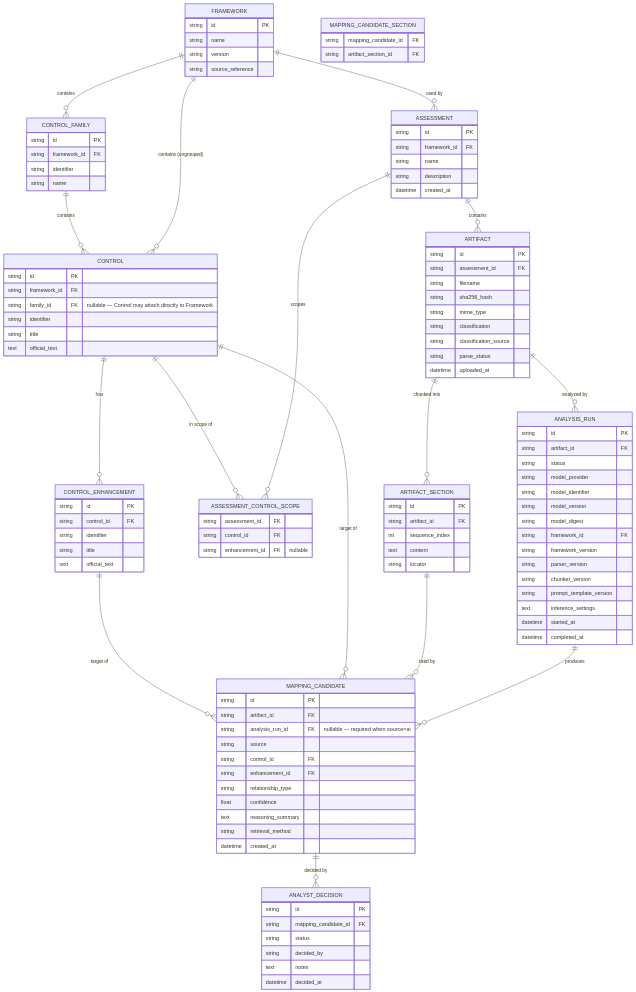
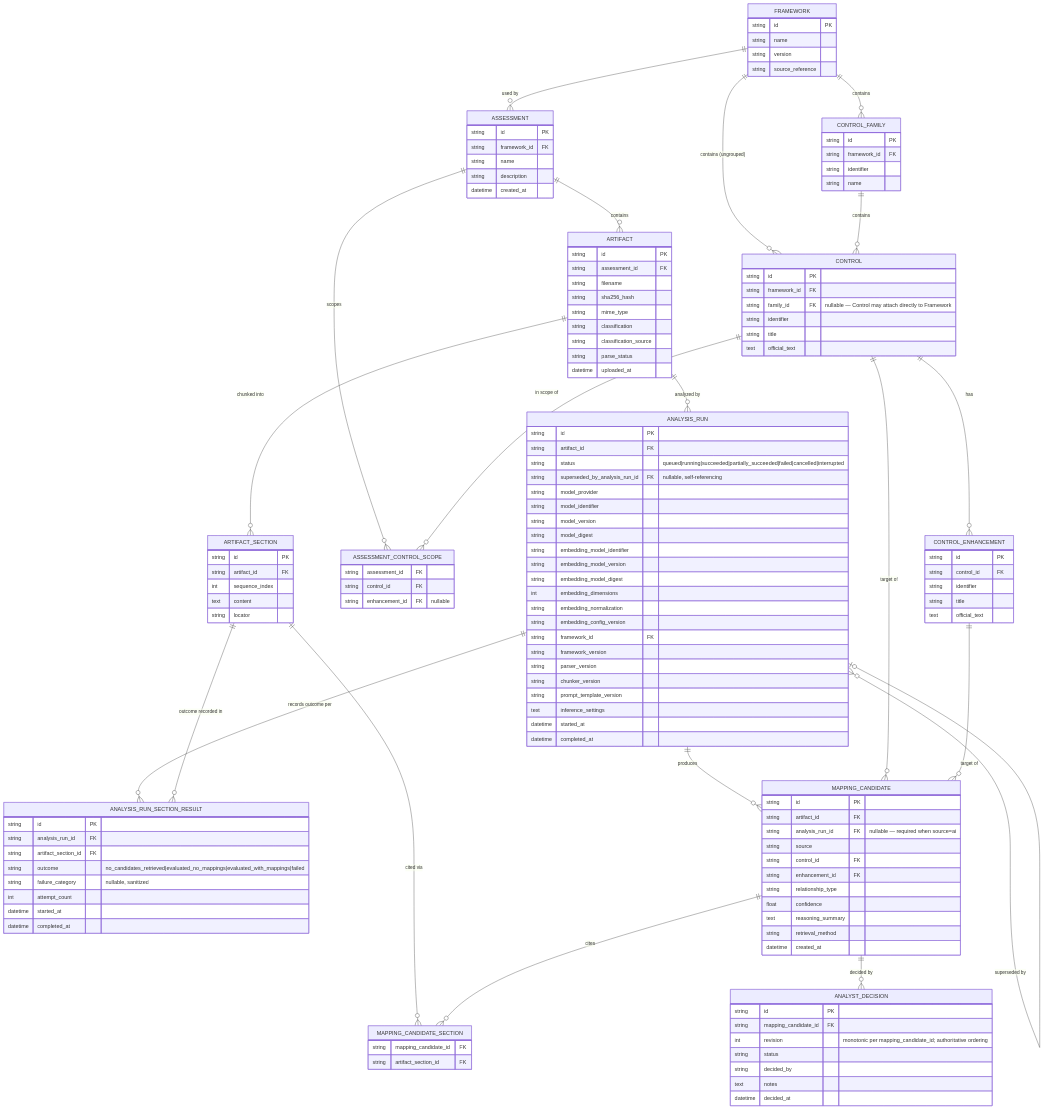
One commit to MoonPhase-LLC/EvidenceGraph changed the diagram in docs/DATABASE.md. Above: the diagram before and after it, drawn with Mermaid. The commit also changed other lines of this file and 10 other files, not shown here.

```diff
--- a/docs/DATABASE.md
+++ b/docs/DATABASE.md
@@ -19,8 +19,12 @@
     CONTROL ||--o{ ASSESSMENT_CONTROL_SCOPE : "in scope of"
     ARTIFACT ||--o{ ARTIFACT_SECTION : "chunked into"
     ARTIFACT ||--o{ ANALYSIS_RUN : "analyzed by"
+    ANALYSIS_RUN ||--o{ ANALYSIS_RUN_SECTION_RESULT : "records outcome per"
+    ARTIFACT_SECTION ||--o{ ANALYSIS_RUN_SECTION_RESULT : "outcome recorded in"
+    ANALYSIS_RUN }o--o| ANALYSIS_RUN : "superseded by"
     ANALYSIS_RUN ||--o{ MAPPING_CANDIDATE : produces
-    ARTIFACT_SECTION ||--o{ MAPPING_CANDIDATE : "cited by"
+    ARTIFACT_SECTION ||--o{ MAPPING_CANDIDATE_SECTION : "cited via"
+    MAPPING_CANDIDATE ||--o{ MAPPING_CANDIDATE_SECTION : cites
     CONTROL ||--o{ MAPPING_CANDIDATE : "target of"
     CONTROL_ENHANCEMENT ||--o{ MAPPING_CANDIDATE : "target of"
     MAPPING_CANDIDATE ||--o{ ANALYST_DECISION : "decided by"
@@ -85,17 +89,34 @@
     ANALYSIS_RUN {
         string id PK
         string artifact_id FK
-        string status
+        string status "queued|running|succeeded|partially_succeeded|failed|cancelled|interrupted"
+        string superseded_by_analysis_run_id FK "nullable, self-referencing"
         string model_provider
         string model_identifier
         string model_version
         string model_digest
+        string embedding_model_identifier
+        string embedding_model_version
+        string embedding_model_digest
+        int embedding_dimensions
+        string embedding_normalization
+        string embedding_config_version
         string framework_id FK
         string framework_version
         string parser_version
         string chunker_version
         string prompt_template_version
         text inference_settings
+        datetime started_at
+        datetime completed_at
+    }
+    ANALYSIS_RUN_SECTION_RESULT {
+        string id PK
+        string analysis_run_id FK
+        string artifact_section_id FK
+        string outcome "no_candidates_retrieved|evaluated_no_mappings|evaluated_with_mappings|failed"
+        string failure_category "nullable, sanitized"
+        int attempt_count
         datetime started_at
         datetime completed_at
     }
@@ -119,6 +140,7 @@
     ANALYST_DECISION {
         string id PK
         string mapping_candidate_id FK
+        int revision "monotonic per mapping_candidate_id; authoritative ordering"
         string status
         string decided_by
         text notes
```
